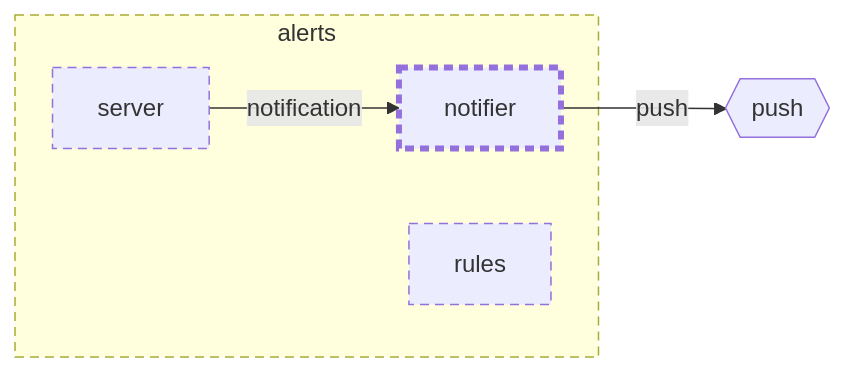
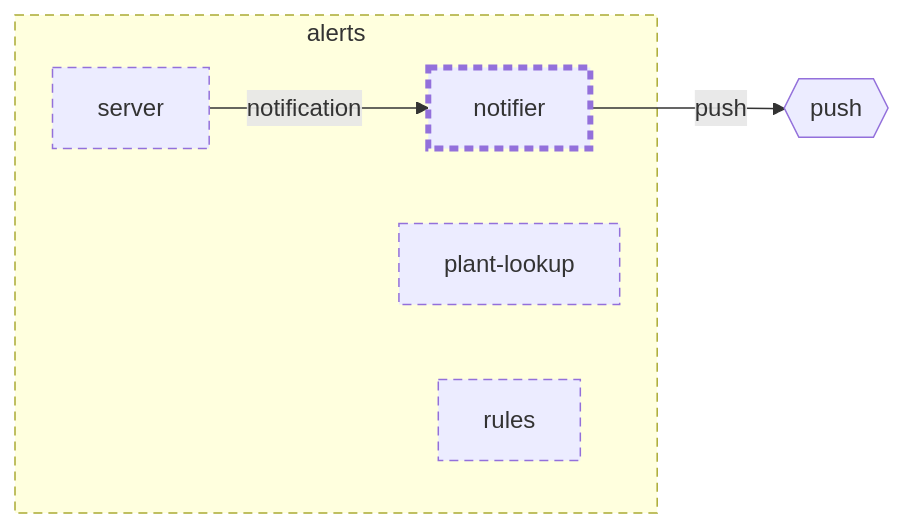
One commit to wackazong/unifold changed the diagram in examples/plantwatch/cloud/services/alerts/notifier/doc/diagrams/context.md. Above: the diagram before and after it, drawn with Mermaid. The commit also changed other lines of this file and 330 other files, not shown here.

````diff
--- a/examples/plantwatch/cloud/services/alerts/notifier/doc/diagrams/context.md
+++ b/examples/plantwatch/cloud/services/alerts/notifier/doc/diagrams/context.md
@@ -8,18 +8,17 @@
 ```mermaid
 flowchart LR
-  subgraph u_cloud_services_alerts["alerts"]
-    u_cloud_services_alerts_notifier["notifier"]
-    u_cloud_services_alerts_rules["rules"]
-    u_cloud_services_alerts_server["server"]
+  subgraph u_cloud__services__alerts["alerts"]
+    u_cloud__services__alerts__notifier["notifier"]
+    u_cloud__services__alerts__plant_dlookup["plant-lookup"]
+    u_cloud__services__alerts__rules["rules"]
+    u_cloud__services__alerts__server["server"]
   end
-  n_cloud_services_alerts_push{{"push"}}
-  u_cloud_services_alerts_server -->|"notification"| u_cloud_services_alerts_notifier
-  u_cloud_services_alerts_notifier -->|"push"| n_cloud_services_alerts_push
-  click u_cloud_services_alerts_notifier href "../../README.md"
-  click u_cloud_services_alerts_rules href "../../../rules/README.md"
-  click u_cloud_services_alerts_server href "../../../server/README.md"
+  n_cloud__services__alerts___push{{"push"}}
+  u_cloud__services__alerts__server -->|"notification"| u_cloud__services__alerts__notifier
+  u_cloud__services__alerts__notifier -->|"push"| n_cloud__services__alerts___push
   classDef focus stroke-width:4px
   classDef planned stroke-dasharray:6 4
-  class u_cloud_services_alerts,u_cloud_services_alerts_notifier,u_cloud_services_alerts_rules,u_cloud_services_alerts_server planned
-  class u_cloud_services_alerts_notifier focus
+  classDef plain stroke-dasharray:2 3
+  class u_cloud__services__alerts,u_cloud__services__alerts__notifier,u_cloud__services__alerts__plant_dlookup,u_cloud__services__alerts__rules,u_cloud__services__alerts__server planned
+  class u_cloud__services__alerts__notifier focus
 ```
````
